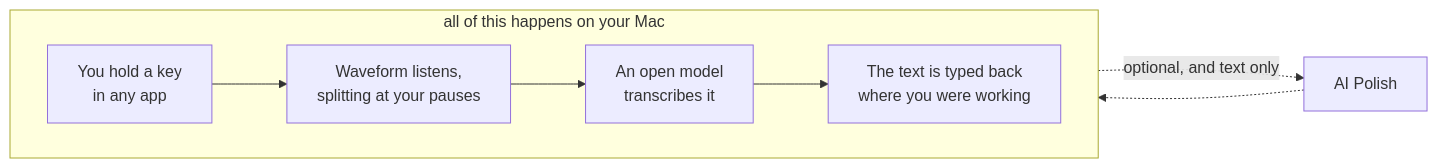
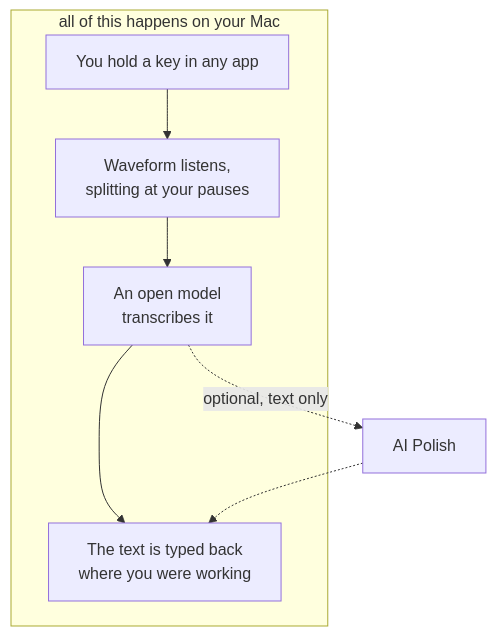
Before and after one commit to vipinsight/waveform: the diagram in README.md, drawn with Mermaid. The commit also changed 1 other file, not shown here.

Commit message:
Turn the diagrams upright so they can be read
Both were drawn left to right, which made them wide and short: the
README's was 1344 by 253. GitHub renders a Mermaid block in an iframe
sized to the content column, so a wide diagram is scaled down to fit and
its text with it -- that one was landing at 60 per cent of its natural
size, which is why it could not be read.

Upright they are narrower than the column, so nothing is scaled and the
text renders at full size. 492 by 632 and 489 by 470.

The architecture one also had two edges running in opposite directions
between the same pair of boxes, and their labels landed on top of each
other. One bidirectional edge with one label says the same thing and
stays legible.

Rendered and looked at, rather than assumed. GitHub's zoom controls sit
in the bottom-right of the frame and cannot be turned off, but a diagram
narrower than the column leaves that corner empty, so they no longer
overlap anything either.

````diff
--- a/README.md
+++ b/README.md
@@ -33,12 +33,11 @@
 ```mermaid
-flowchart LR
+flowchart TD
     subgraph mac["all of this happens on your Mac"]
-        direction LR
-        key["You hold a key<br/>in any app"] --> listen["Waveform listens,<br/>splitting at your pauses"]
+        key["You hold a key in any app"] --> listen["Waveform listens,<br/>splitting at your pauses"]
         listen --> model["An open model<br/>transcribes it"]
         model --> typed["The text is typed back<br/>where you were working"]
     end
 
-    model -. "optional, and text only" .-> polish["AI Polish"]
+    model -. "optional, text only" .-> polish["AI Polish"]
     polish -.-> typed
 ```
````
